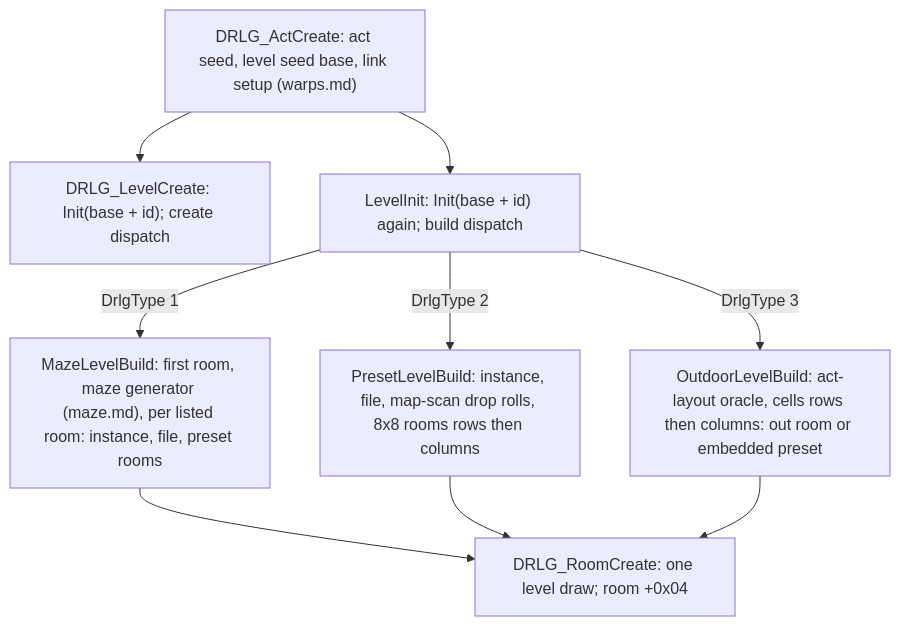
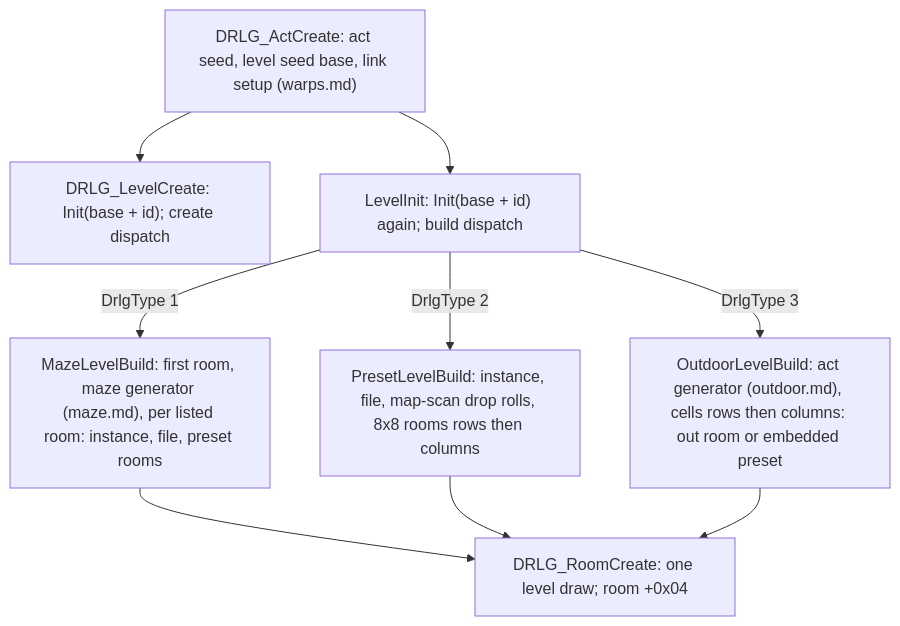
One commit to IgorKonovalov/diablo-2-recompilation changed the first of 5 diagrams in docs/specs/drlg/README.md. Above: the diagram before and after it, drawn with Mermaid. The commit also changed other lines of this file and 8 other files, not shown here.

First line of the commit message:
docs(specs): drlg/outdoor, the outdoor generators per act with their draw order (plan 0026 Phase 3)

````diff
--- a/docs/specs/drlg/README.md
+++ b/docs/specs/drlg/README.md
@@ -103,18 +102,18 @@
 ```mermaid
 flowchart TD
   act["DRLG_ActCreate: act seed, level seed base, link setup (warps.md)"]
   lc["DRLG_LevelCreate: Init(base + id); create dispatch"]
   li["LevelInit: Init(base + id) again; build dispatch"]
   maze["MazeLevelBuild: first room, maze generator (maze.md), per listed room: instance, file, preset rooms"]
   pre["PresetLevelBuild: instance, file, map-scan drop rolls, 8x8 rooms rows then columns"]
-  out["OutdoorLevelBuild: act-layout oracle, cells rows then columns: out room or embedded preset"]
+  out["OutdoorLevelBuild: act generator (outdoor.md), cells rows then columns: out room or embedded preset"]
   room["DRLG_RoomCreate: one level draw; room +0x04"]
   act --> lc
   act --> li
   li -->|"DrlgType 1"| maze
   li -->|"DrlgType 2"| pre
   li -->|"DrlgType 3"| out
   maze --> room
   pre --> room
   out --> room
 ```
````
